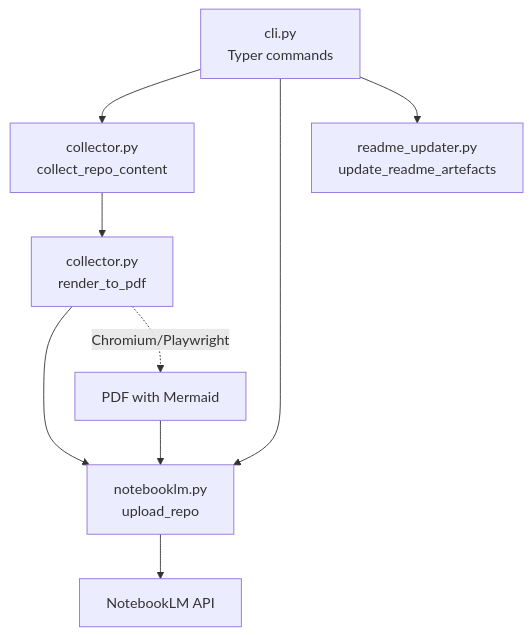
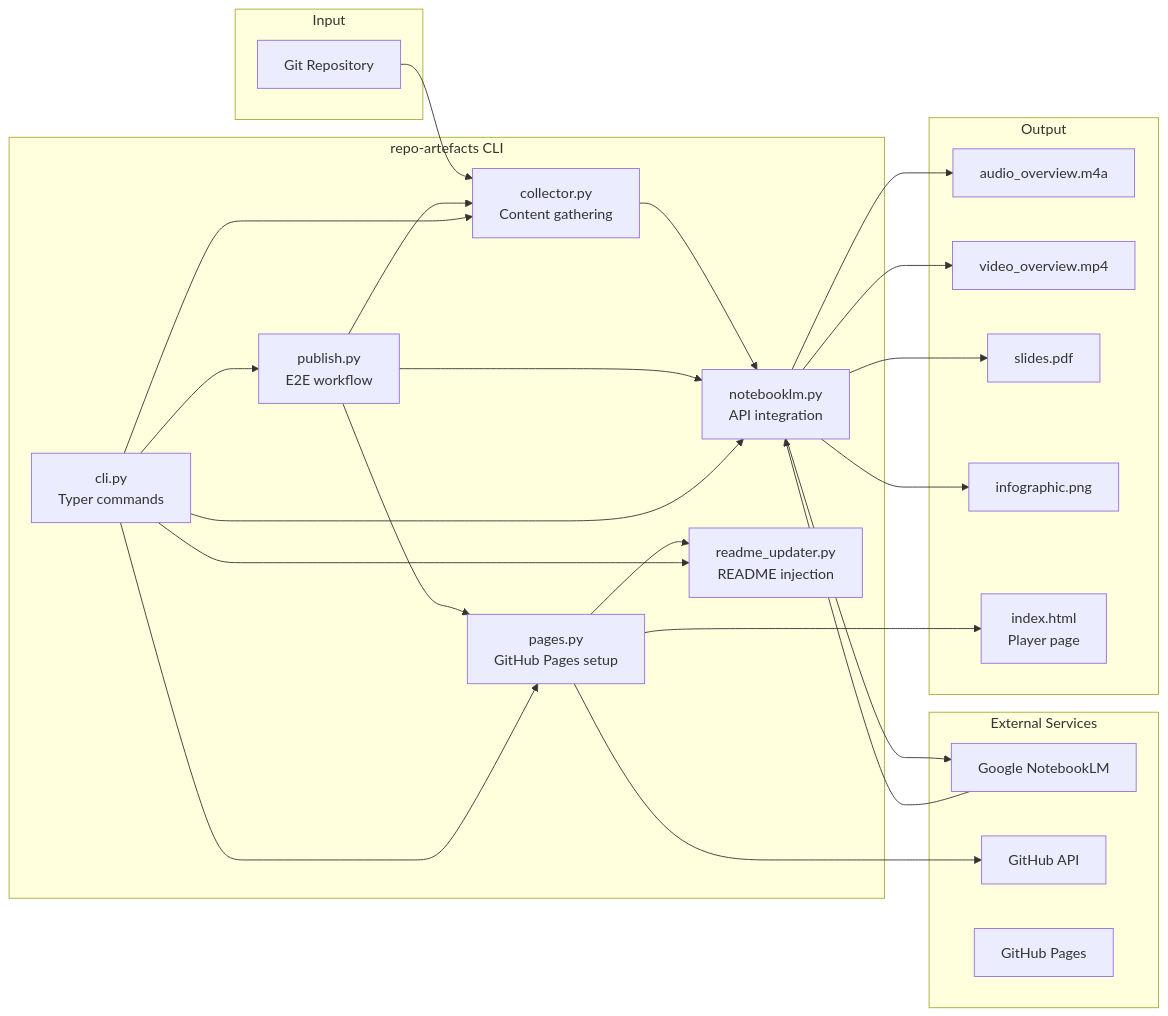
Before and after one commit to NetDevAutomate/notebooklm-repo-artefacts: the first of 6 diagrams in docs/codemap.md, drawn with Mermaid. The commit also changed other lines of this file and 8 other files, not shown here.

````diff
--- a/docs/codemap.md
+++ b/docs/codemap.md
@@ -32,12 +9,40 @@
 ```mermaid
-graph TD
-    CLI[cli.py<br/>Typer commands] --> Collector[collector.py<br/>collect_repo_content]
-    Collector --> Render[collector.py<br/>render_to_pdf]
-    Render --> NLM[notebooklm.py<br/>upload_repo]
-    NLM --> API[NotebookLM API]
-    CLI --> NLM
-    CLI --> Updater[readme_updater.py<br/>update_readme_artefacts]
+graph LR
+    subgraph "Input"
+        REPO[Git Repository]
+    end
 
-    Render -.->|Chromium/Playwright| PDF[PDF with Mermaid]
-    PDF --> NLM
+    subgraph "repo-artefacts CLI"
+        CLI[cli.py<br/>Typer commands]
+        COL[collector.py<br/>Content gathering]
+        NLM[notebooklm.py<br/>API integration]
+        PG[pages.py<br/>GitHub Pages setup]
+        PUB[publish.py<br/>E2E workflow]
+        RU[readme_updater.py<br/>README injection]
+    end
+
+    subgraph "External Services"
+        NLMAPI[Google NotebookLM]
+        GHAPI[GitHub API]
+        GHPAGES[GitHub Pages]
+    end
+
+    subgraph "Output"
+        AUDIO[audio_overview.m4a]
+        VIDEO[video_overview.mp4]
+        SLIDES[slides.pdf]
+        INFOG[infographic.png]
+        HTML[index.html<br/>Player page]
+    end
+
+    REPO --> COL
+    COL --> NLM
+    NLM --> NLMAPI
+    NLMAPI --> NLM
+    NLM --> AUDIO & VIDEO & SLIDES & INFOG
+    PG --> GHAPI
+    PG --> HTML
+    PG --> RU
+    PUB --> COL & NLM & PG
+    CLI --> COL & NLM & PG & PUB & RU
 ```
````
